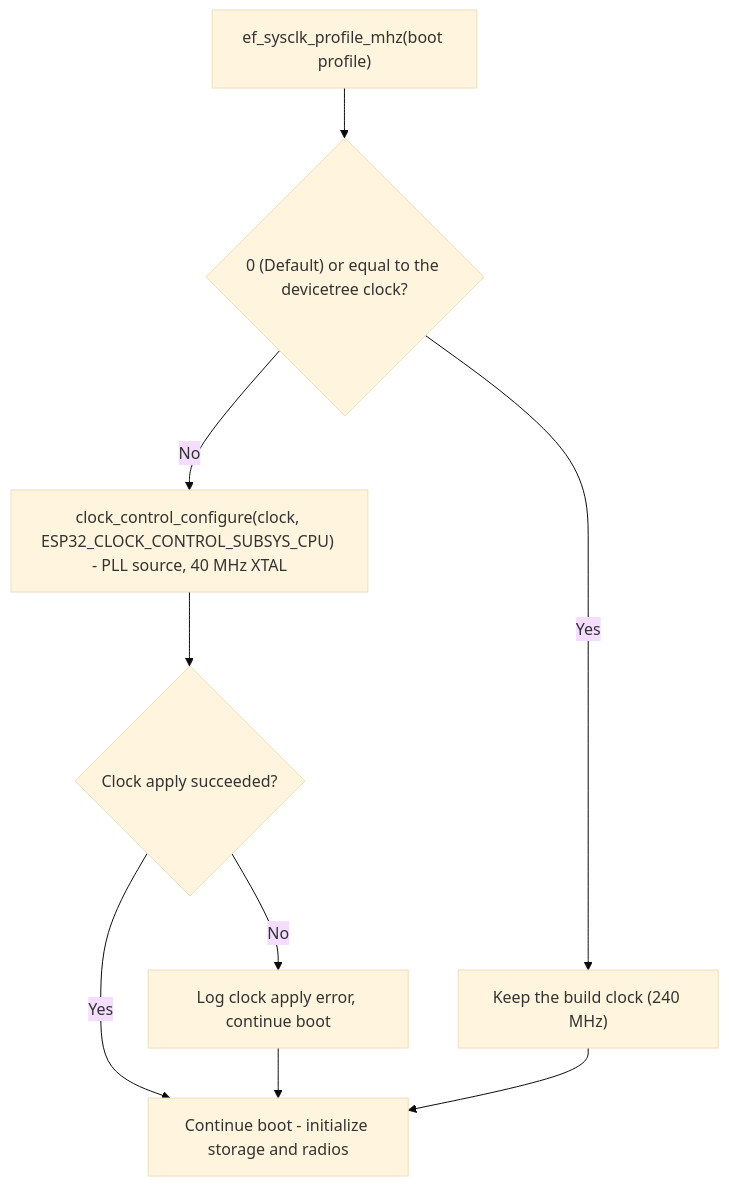
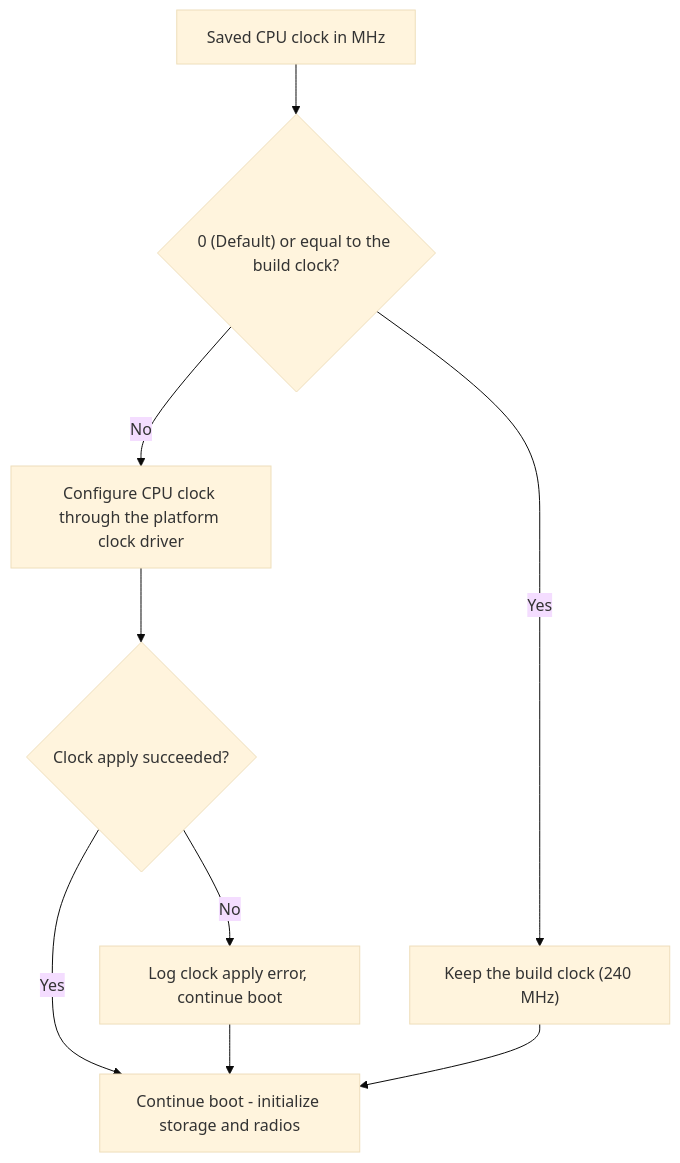
Before and after one commit to djwinter29-oss/ESPForge: the sixth of 6 diagrams in docs/reference/settings.md, drawn with Mermaid (base theme). The commit also changed other lines of this file and 21 other files, not shown here.

````diff
--- a/docs/reference/settings.md
+++ b/docs/reference/settings.md
@@ -261,11 +256,11 @@
 ```mermaid
 flowchart TD
-    A["ef_sysclk_profile_mhz(boot profile)"] --> B{"0 (Default) or equal to the devicetree clock?"}
+    A["Saved CPU clock in MHz"] --> B{"0 (Default) or equal to the build clock?"}
     B -->|Yes| Keep["Keep the build clock (240 MHz)"]
-    B -->|No| Cfg["clock_control_configure(clock, ESP32_CLOCK_CONTROL_SUBSYS_CPU) - PLL source, 40 MHz XTAL"]
+    B -->|No| Cfg["Configure CPU clock through the platform clock driver"]
     Cfg --> Result{"Clock apply succeeded?"}
     Result -->|Yes| Run["Continue boot - initialize storage and radios"]
     Result -->|No| Warn["Log clock apply error, continue boot"]
     Warn --> Run
     Keep --> Run
 ```
````
